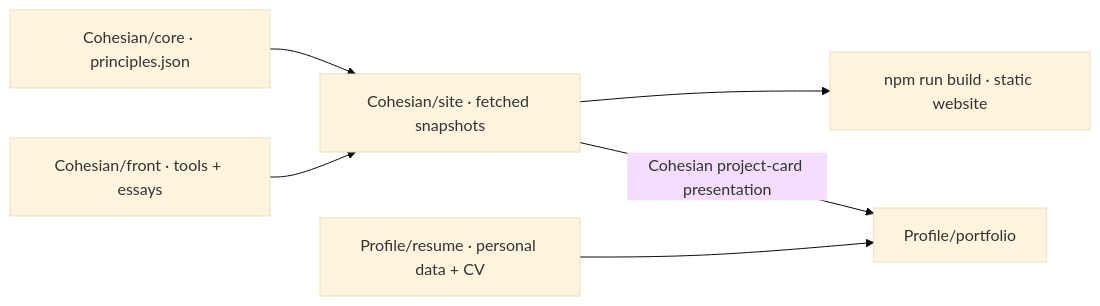
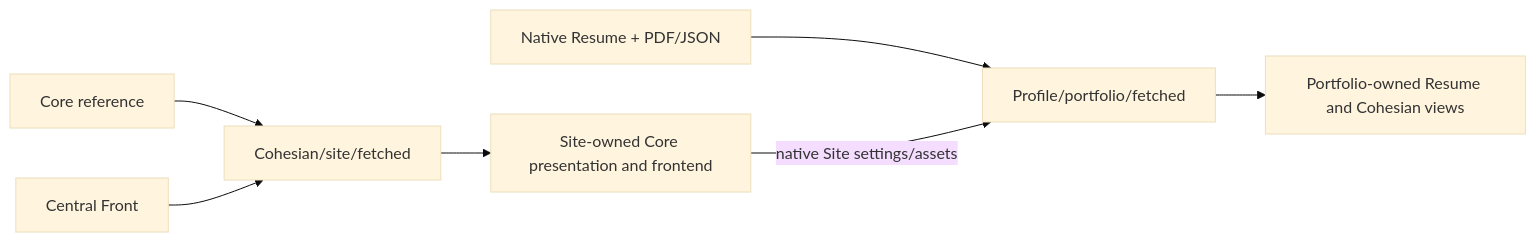
One commit to lucas-masiero/workspace changed the diagram in ARCHITECTURE.md. Above: the diagram before and after it, drawn with Mermaid (base theme). The commit also changed other lines of this file and 2 other files, not shown here.

Commit message:
Document consumer-owned presentation and shared fetched snapshots

````diff
--- a/ARCHITECTURE.md
+++ b/ARCHITECTURE.md
@@ -55,8 +48,9 @@
 ```mermaid
 flowchart LR
-  Core["Cohesian/core · principles.json"] --> Site["Cohesian/site · fetched snapshots"]
-  Front["Cohesian/front · tools + essays"] --> Site
-  Site --> Build["npm run build · static website"]
-  Resume["Profile/resume · personal data + CV"] --> Portfolio["Profile/portfolio"]
-  Site -->|"Cohesian project-card presentation"| Portfolio
+  Core["Core reference"] --> SiteData["Cohesian/site/fetched"]
+  Front["Central Front"] --> SiteData
+  SiteData --> SiteView["Site-owned Core presentation and frontend"]
+  Resume["Native Resume + PDF/JSON"] --> PortfolioData["Profile/portfolio/fetched"]
+  SiteView -->|"native Site settings/assets"| PortfolioData
+  PortfolioData --> PortfolioView["Portfolio-owned Resume and Cohesian views"]
 ```
````
